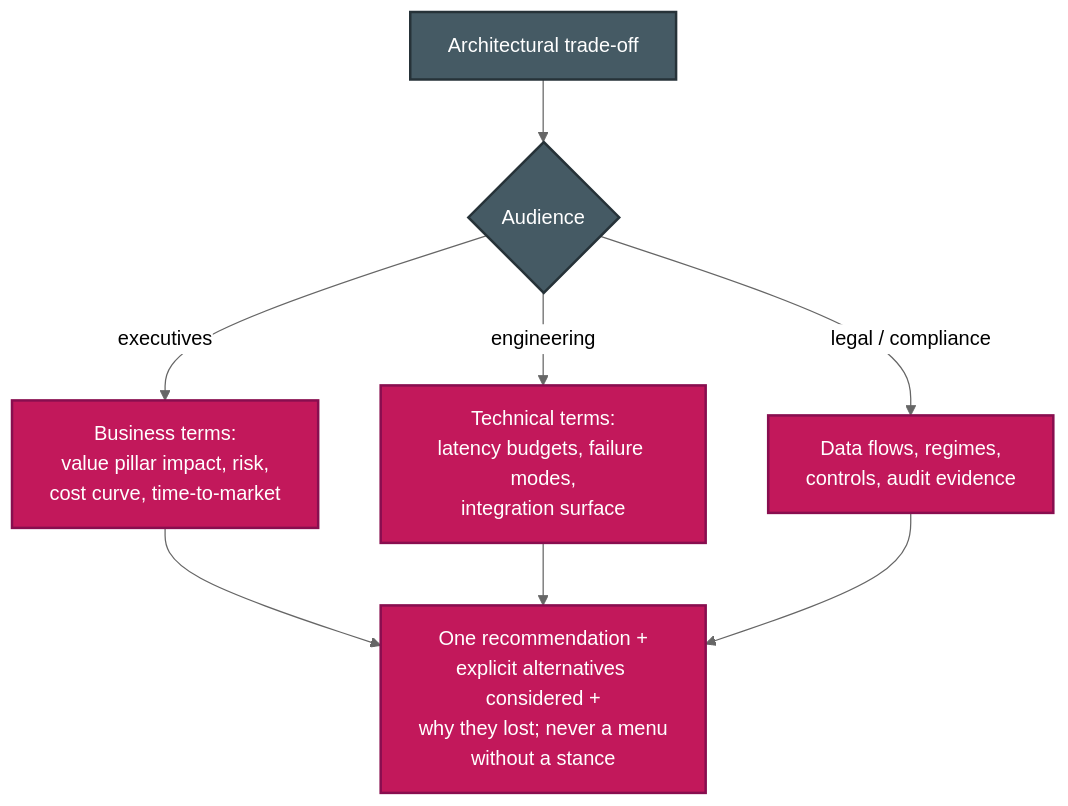
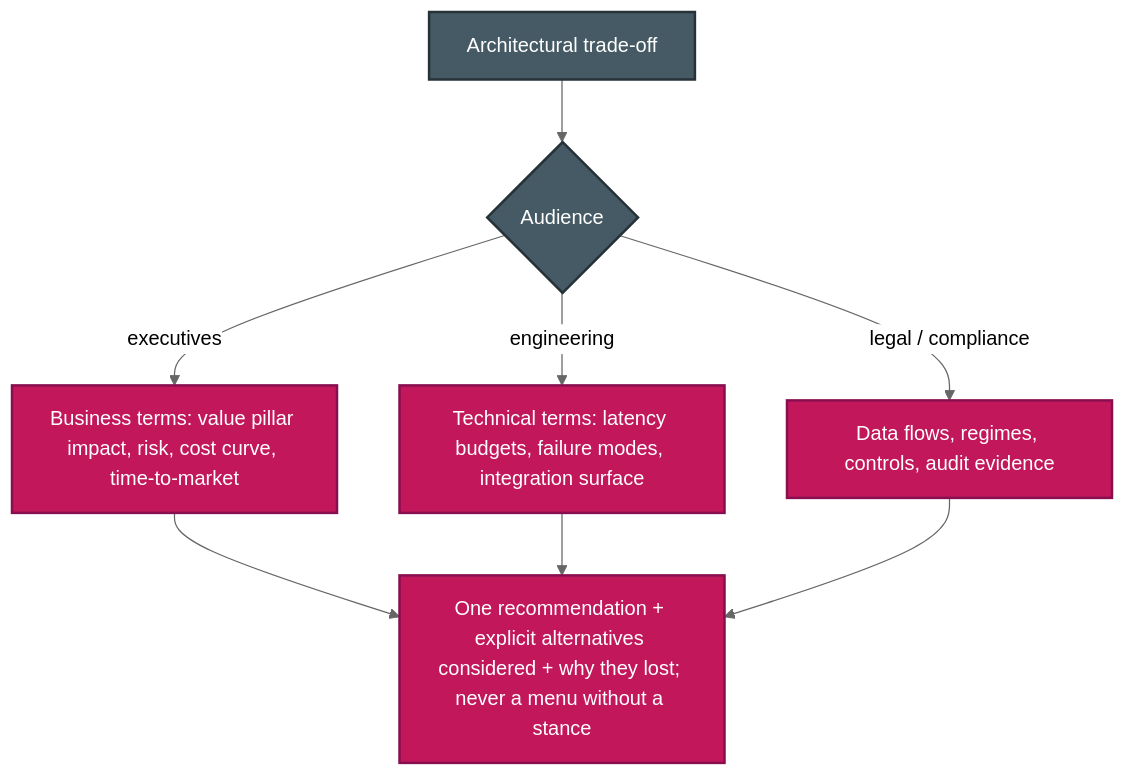
Before and after one commit to parmar-m/claude-architect-certification-prep: the second of 2 diagrams in CCA-P/domains/d6-stakeholder-lifecycle.md, drawn with Mermaid (neutral theme). The commit also changed other lines of this file and 24 other files, not shown here.

Commit message:
fix html tags in mmd diagrams

````diff
--- a/CCA-P/domains/d6-stakeholder-lifecycle.md
+++ b/CCA-P/domains/d6-stakeholder-lifecycle.md
@@ -32,12 +32,12 @@
 ```mermaid
 flowchart TD
     TO["Architectural trade-off"] --> AUD{Audience}
-    AUD -- "executives" --> EX["Business terms:<br/>value pillar impact, risk,<br/>cost curve, time-to-market"]
-    AUD -- "engineering" --> EN["Technical terms:<br/>latency budgets, failure modes,<br/>integration surface"]
-    AUD -- "legal / compliance" --> LG["Data flows, regimes,<br/>controls, audit evidence"]
-    EX & EN & LG --> REC["One recommendation +<br/>explicit alternatives considered +<br/>why they lost; never a menu<br/>without a stance"]
+    AUD -- "executives" --> EX["Business terms: value pillar impact, risk, cost curve, time-to-market"]
+    AUD -- "engineering" --> EN["Technical terms: latency budgets, failure modes, integration surface"]
+    AUD -- "legal / compliance" --> LG["Data flows, regimes, controls, audit evidence"]
+    EX & EN & LG --> REC["One recommendation + explicit alternatives considered + why they lost; never a menu without a stance"]
     classDef aud fill:#C2185B,color:#fff,stroke:#880E4F,stroke-width:2px
     classDef n fill:#455A64,color:#fff,stroke:#263238,stroke-width:2px
     class EX,EN,LG,REC aud
     class TO,AUD n
 ```
````
